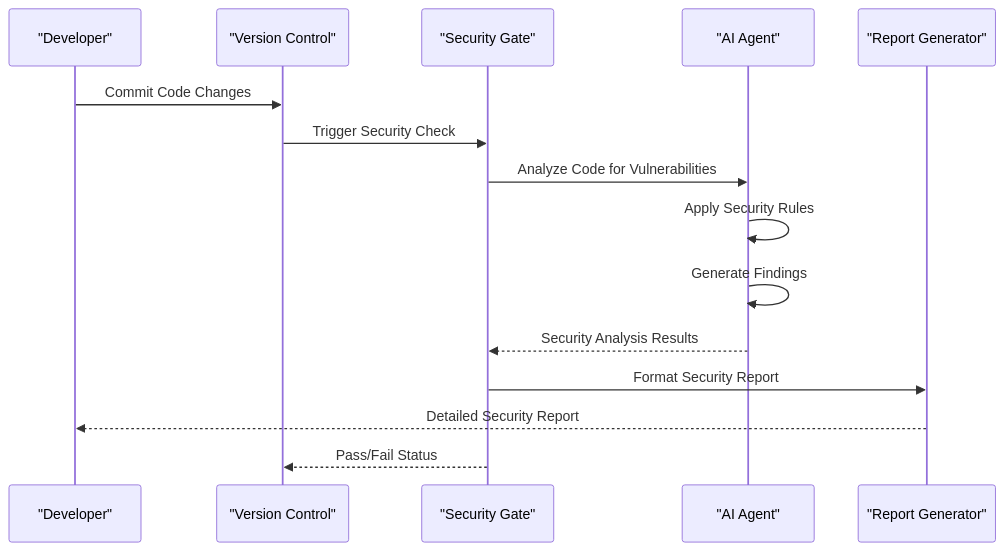
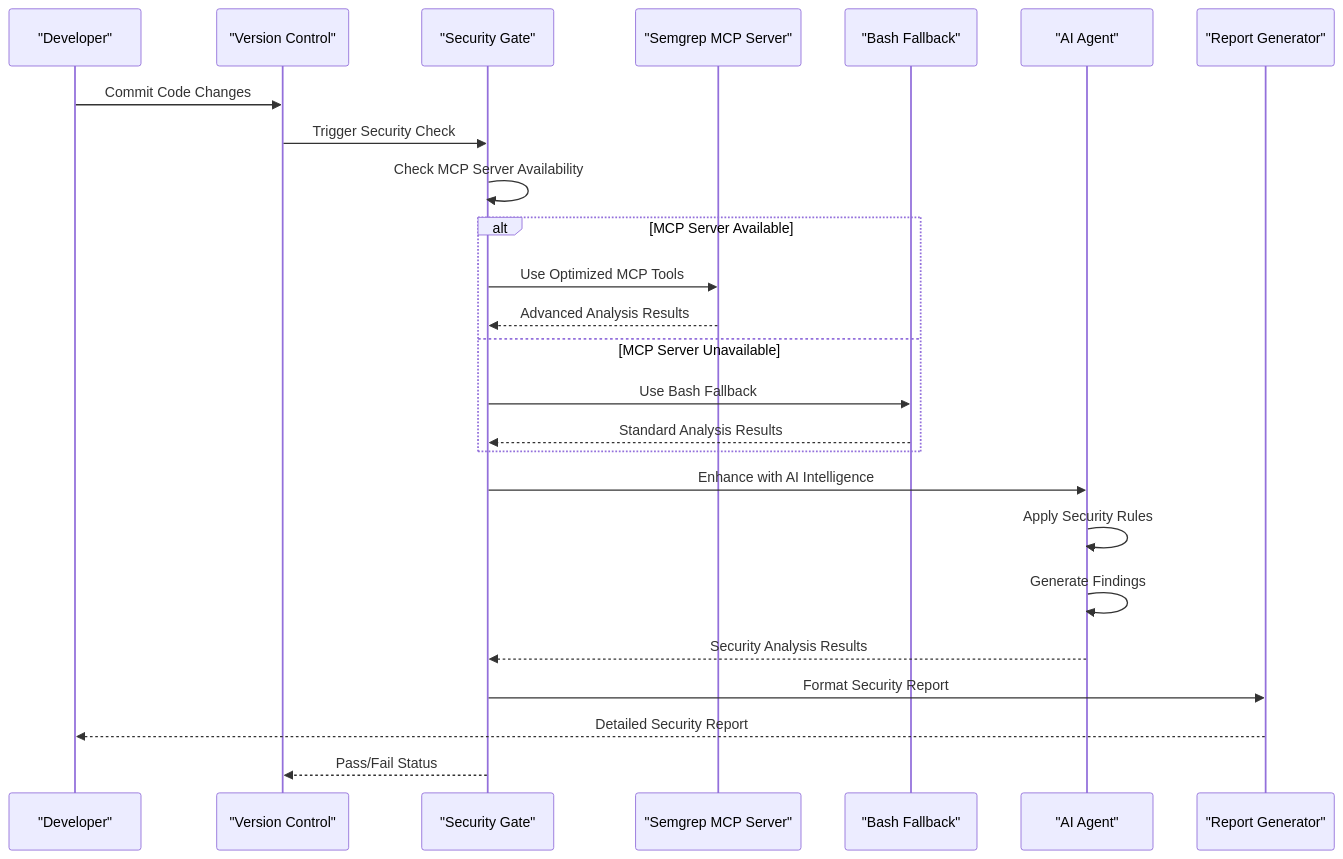
One commit to Sherlock-Shi/pi-codex-kit changed the second of 7 diagrams in .qoder/repowiki/en/content/Skills Reference/Code Review Skills/Security Gate Skill.md. Above: the diagram before and after it, drawn with Mermaid. The commit also changed other lines of this file and 6 other files, not shown here.

````diff
--- a/.qoder/repowiki/en/content/Skills Reference/Code Review Skills/Security Gate Skill.md
+++ b/.qoder/repowiki/en/content/Skills Reference/Code Review Skills/Security Gate Skill.md
@@ -83,17 +119,27 @@
 ```mermaid
 sequenceDiagram
 participant Dev as "Developer"
 participant Git as "Version Control"
 participant Gate as "Security Gate"
+participant MCP as "Semgrep MCP Server"
+participant Fallback as "Bash Fallback"
 participant Agent as "AI Agent"
 participant Report as "Report Generator"
 Dev->>Git : Commit Code Changes
 Git->>Gate : Trigger Security Check
-Gate->>Agent : Analyze Code for Vulnerabilities
+Gate->>Gate : Check MCP Server Availability
+alt MCP Server Available
+Gate->>MCP : Use Optimized MCP Tools
+MCP-->>Gate : Advanced Analysis Results
+else MCP Server Unavailable
+Gate->>Fallback : Use Bash Fallback
+Fallback-->>Gate : Standard Analysis Results
+end
+Gate->>Agent : Enhance with AI Intelligence
 Agent->>Agent : Apply Security Rules
 Agent->>Agent : Generate Findings
 Agent-->>Gate : Security Analysis Results
 Gate->>Report : Format Security Report
 Report-->>Dev : Detailed Security Report
 Gate-->>Git : Pass/Fail Status
 ```
````
